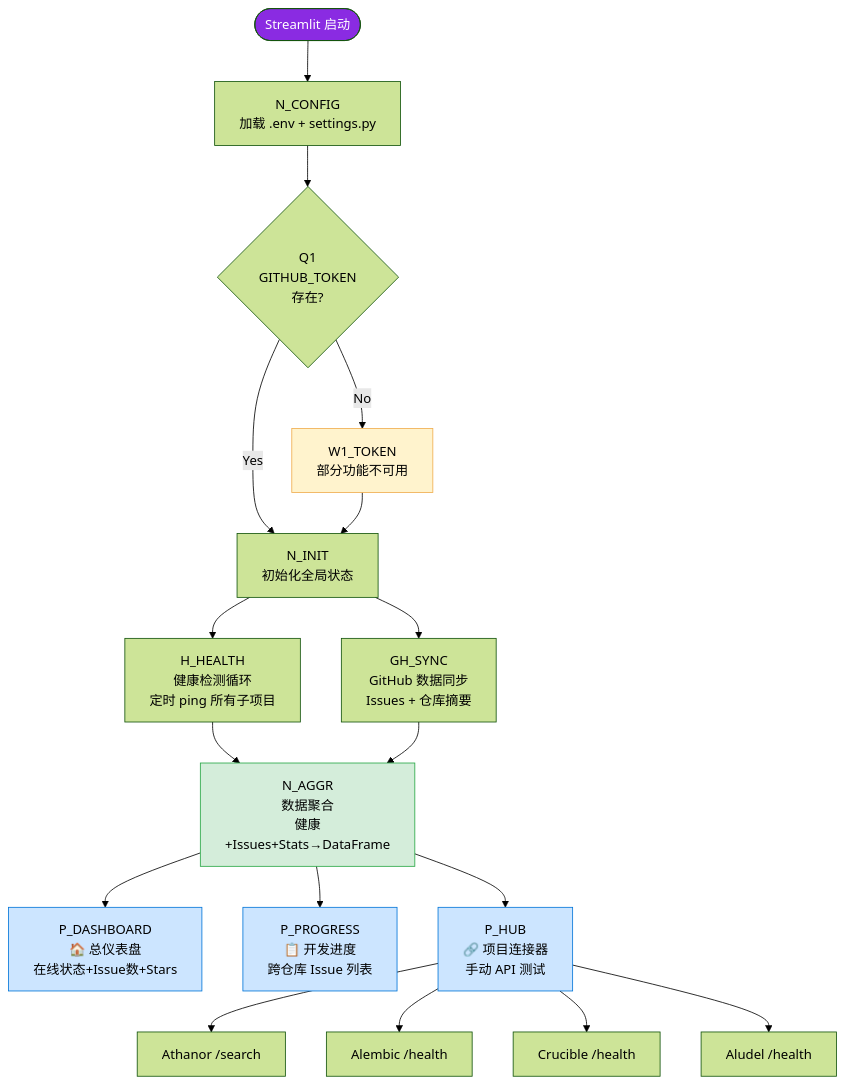
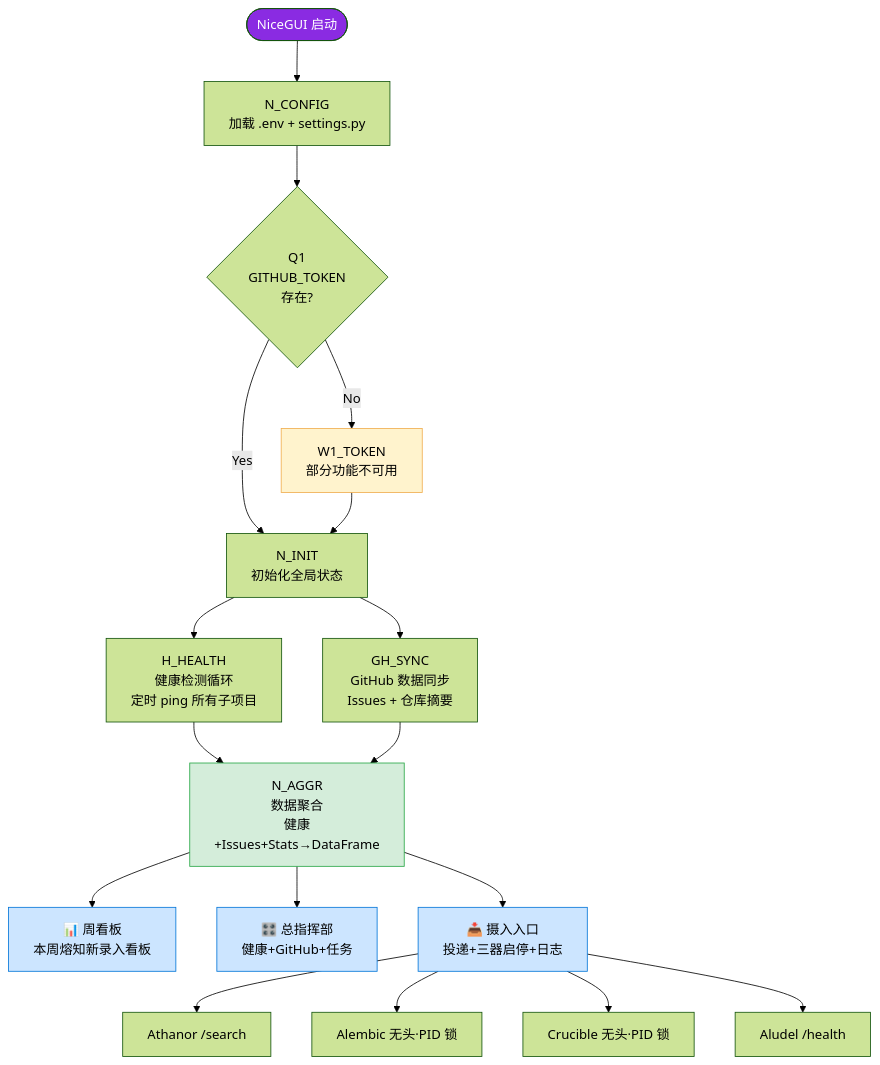
One commit to shiyao222333-afk/opus-magnum changed the diagram in FLOWCHART.md. Above: the diagram before and after it, drawn with Mermaid (forest theme). The commit also changed other lines of this file and 29 other files, not shown here.

````diff
--- a/FLOWCHART.md
+++ b/FLOWCHART.md
@@ -10,32 +10,32 @@
 ```mermaid
 flowchart TB
-    Start([Streamlit 启动]) --> Config[N_CONFIG<br/>加载 .env + settings.py]
+    Start([NiceGUI 启动]) --> Config[N_CONFIG<br/>加载 .env + settings.py]
     Config --> Token{Q1<br/>GITHUB_TOKEN<br/>存在?}
     Token -->|No| NoToken[W1_TOKEN<br/>部分功能不可用]
     Token -->|Yes| Init
 
     NoToken --> Init[N_INIT<br/>初始化全局状态]
 
     Init --> Health[H_HEALTH<br/>健康检测循环<br/>定时 ping 所有子项目]
     Init --> GH[GH_SYNC<br/>GitHub 数据同步<br/>Issues + 仓库摘要]
 
     Health --> Aggr[N_AGGR<br/>数据聚合<br/>健康+Issues+Stats→DataFrame]
 
     GH --> Aggr
 
-    Aggr --> Dash[P_DASHBOARD<br/>🏠 总仪表盘<br/>在线状态+Issue数+Stars]
-    Aggr --> Progress[P_PROGRESS<br/>📋 开发进度<br/>跨仓库 Issue 列表]
-    Aggr --> Hub[P_HUB<br/>🔗 项目连接器<br/>手动 API 测试]
+    Aggr --> Dash[📊 周看板<br/>本周熔知新录入看板]
+    Aggr --> Progress[🎛️ 总指挥部<br/>健康+GitHub+任务]
+    Aggr --> Hub[📥 摄入入口<br/>投递+三器启停+日志]
 
     Hub --> AthAPI[Athanor /search]
-    Hub --> AleAPI[Alembic /health]
-    Hub --> CruAPI[Crucible /health]
+    Hub --> AleAPI[Alembic 无头·PID 锁]
+    Hub --> CruAPI[Crucible 无头·PID 锁]
     Hub --> AluAPI[Aludel /health]
 
     style Start fill:#8A2BE2,color:#fff
     style NoToken fill:#fff3cd,stroke:#f0ad4e
     style Aggr fill:#d4edda,stroke:#28a745
     style Dash fill:#cce5ff,stroke:#0275d8
     style Progress fill:#cce5ff,stroke:#0275d8
     style Hub fill:#cce5ff,stroke:#0275d8
 ```
````
